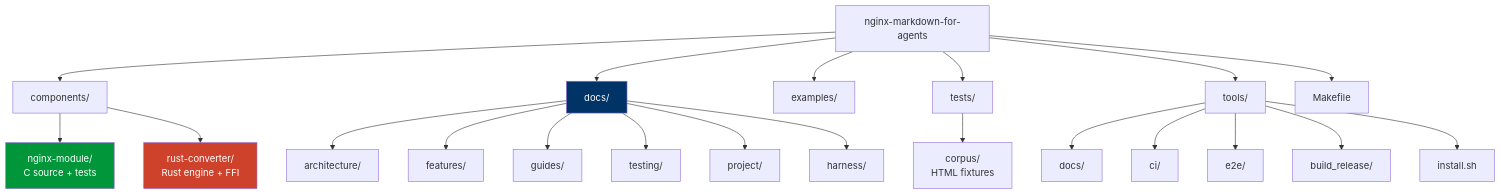
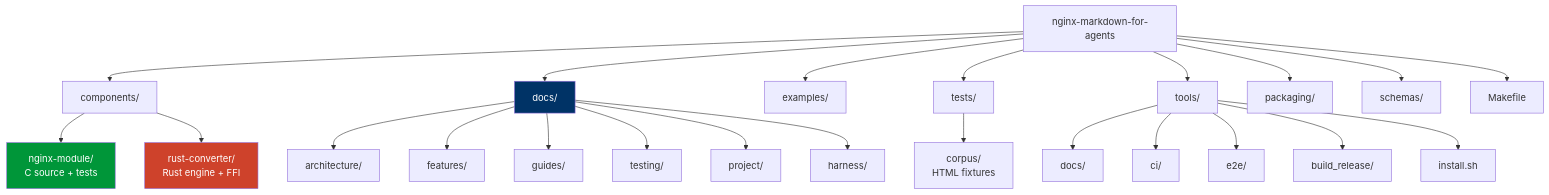
One commit to cnkang/nginx-markdown-for-agents changed the diagram in docs/architecture/REPOSITORY_STRUCTURE.md. Above: the diagram before and after it, drawn with Mermaid. The commit also changed other lines of this file and 727 other files, not shown here.

````diff
--- a/docs/architecture/REPOSITORY_STRUCTURE.md
+++ b/docs/architecture/REPOSITORY_STRUCTURE.md
@@ -13,31 +13,33 @@
 ```mermaid
 graph TB
     Root["nginx-markdown-for-agents"] --> Components["components/"]
     Root --> Docs["docs/"]
     Root --> Examples["examples/"]
     Root --> Tests["tests/"]
     Root --> Tools["tools/"]
+    Root --> Packaging["packaging/"]
+    Root --> Schemas["schemas/"]
     Root --> Makefile["Makefile"]
 
     Components --> NginxMod["nginx-module/<br/>C source + tests"]
     Components --> RustConv["rust-converter/<br/>Rust engine + FFI"]
 
     Docs --> Arch["architecture/"]
     Docs --> Features["features/"]
     Docs --> Guides["guides/"]
     Docs --> Testing["testing/"]
     Docs --> Project["project/"]
     Docs --> Harness["harness/"]
 
     Tests --> Corpus["corpus/<br/>HTML fixtures"]
 
     Tools --> DocsTools["docs/"]
     Tools --> CI["ci/"]
     Tools --> E2E["e2e/"]
     Tools --> Build["build_release/"]
     Tools --> Install["install.sh"]
 
     style NginxMod fill:#009639,color:#fff
     style RustConv fill:#ce422b,color:#fff
     style Docs fill:#036,color:#fff
 ```
````
